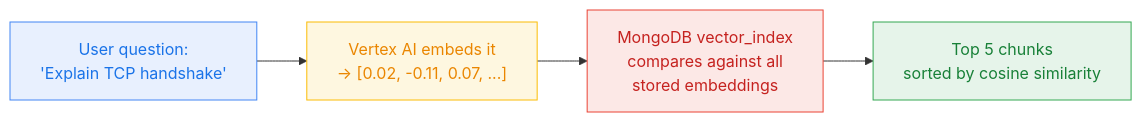
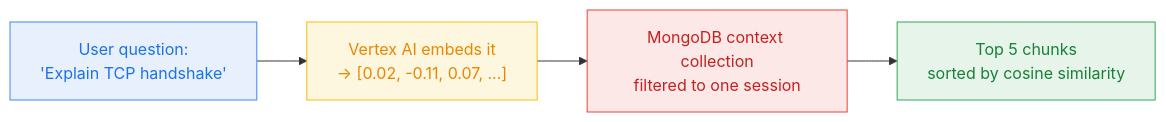
One commit to DanielMortada/cloud-computing-project changed the fourth of 5 diagrams in chat_api/README.md. Above: the diagram before and after it, drawn with Mermaid. The commit also changed other lines of this file and 8 other files, not shown here.

````diff
--- a/chat_api/README.md
+++ b/chat_api/README.md
@@ -147,14 +147,14 @@
 ```mermaid
 flowchart LR
     Q["User question:<br/>'Explain TCP handshake'"]
     E["Vertex AI embeds it<br/>→ [0.02, -0.11, 0.07, ...]"]
-    IDX["MongoDB vector_index<br/>compares against all<br/>stored embeddings"]
+    IDX["MongoDB context collection<br/>filtered to one session"]
     R["Top 5 chunks<br/>sorted by cosine similarity"]
 
     Q --> E --> IDX --> R
 
     style Q fill:#E8F0FE,stroke:#4285F4,color:#1A73E8
     style E fill:#FEF7E0,stroke:#FBBC05,color:#EA8600
     style IDX fill:#FCE8E6,stroke:#EA4335,color:#C5221F
     style R fill:#E6F4EA,stroke:#34A853,color:#188038
 ```
````
